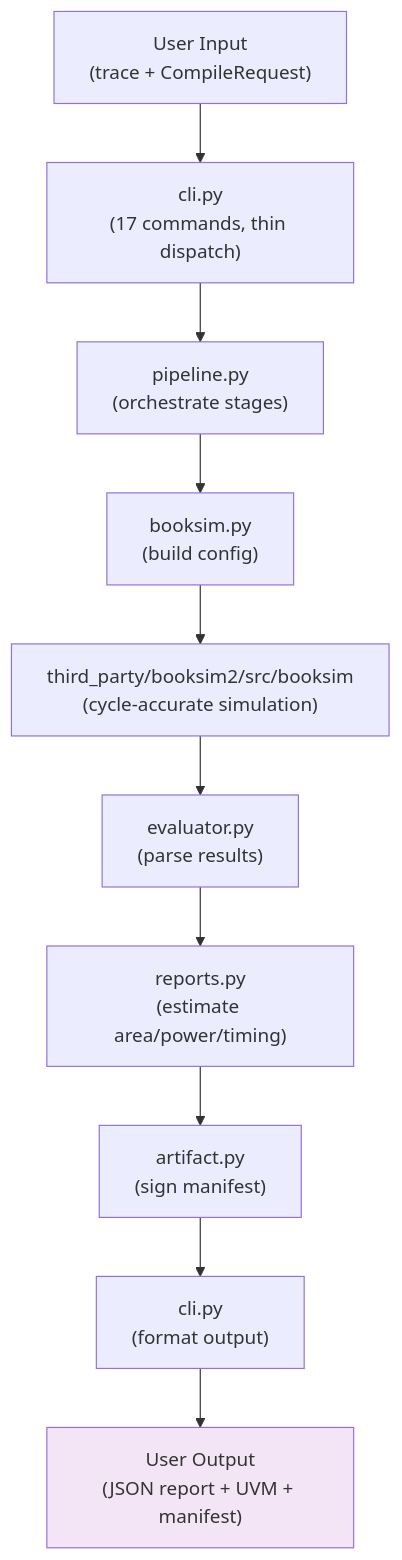
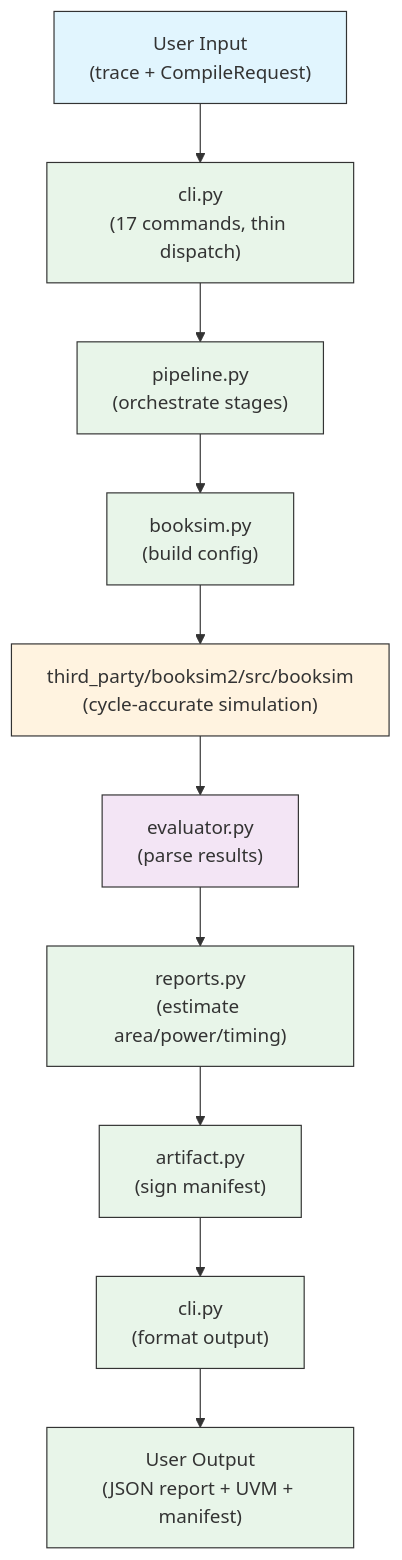
Before and after one commit to Anmol-S314/veritx-research: the eighth of 17 diagrams in tracks/t3-topology/dse/README.md, drawn with Mermaid. The commit also changed other lines of this file and 1 other file, not shown here.

First line of the commit message:
docs: improve Mermaid diagram styling across all 22 diagrams

````diff
--- a/tracks/t3-topology/dse/README.md
+++ b/tracks/t3-topology/dse/README.md
@@ -1234,23 +1335,34 @@
 ```mermaid
 flowchart TD
     A["User Input
 (trace + CompileRequest)"] --> B["cli.py
 (17 commands, thin dispatch)"]
     B --> C["pipeline.py
 (orchestrate stages)"]
     C --> D["booksim.py
 (build config)"]
     D --> E["third_party/booksim2/src/booksim
 (cycle-accurate simulation)"]
     E --> F["evaluator.py
 (parse results)"]
     F --> G["reports.py
 (estimate area/power/timing)"]
     G --> H["artifact.py
 (sign manifest)"]
     H --> I["cli.py
 (format output)"]
     I --> J["User Output
 (JSON report + UVM + manifest)"]
-    style J fill:#f3e5f5
+
+    style A fill:#e1f5fe,stroke:#333
+    style B fill:#e8f5e9,stroke:#333
+    style C fill:#e8f5e9,stroke:#333
+    style D fill:#e8f5e9,stroke:#333
+    style E fill:#fff3e0,stroke:#333
+    style F fill:#f3e5f5,stroke:#333
+    style G fill:#e8f5e9,stroke:#333
+    style H fill:#e8f5e9,stroke:#333
+    style I fill:#e8f5e9,stroke:#333
+    style J fill:#e8f5e9,stroke:#333
+
 ```
````
